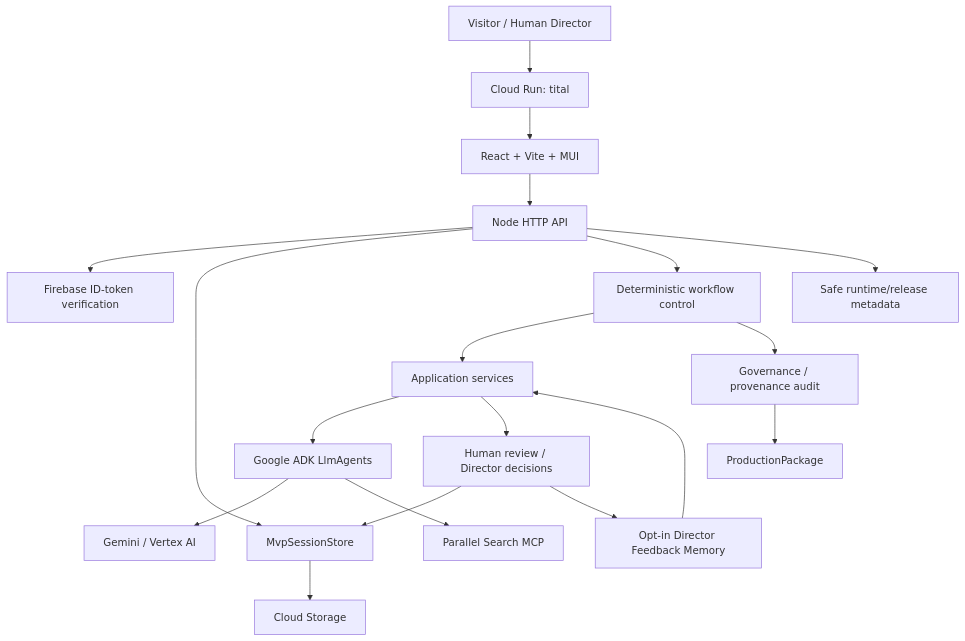
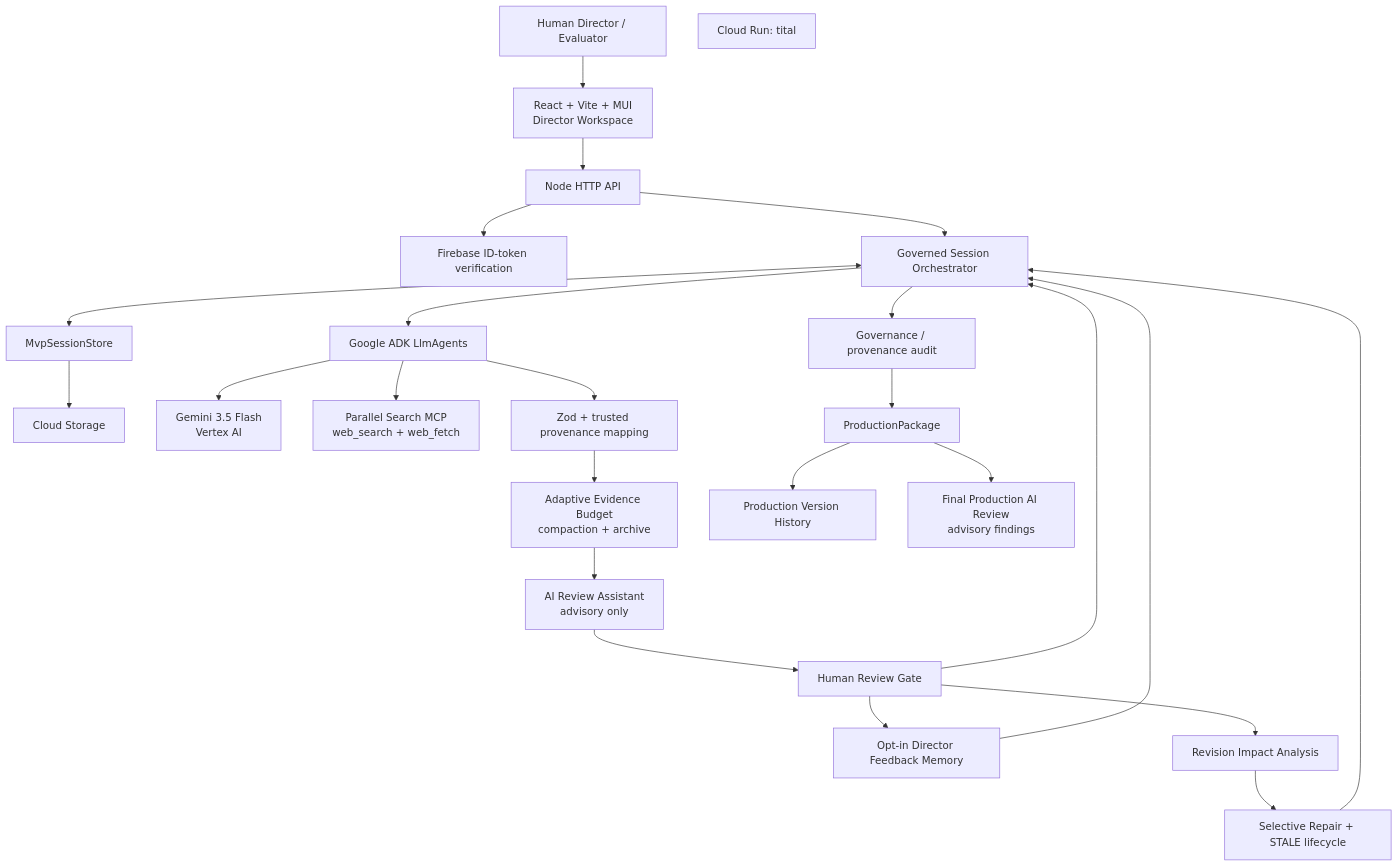
One commit to amin076/tital changed the diagram in docs/architecture/system-architecture.md. Above: the diagram before and after it, drawn with Mermaid. The commit also changed other lines of this file, not shown here.

Commit message:
docs: update system architecture for review revision and evidence budget

````diff
--- a/docs/architecture/system-architecture.md
+++ b/docs/architecture/system-architecture.md
@@ -11,31 +18,38 @@
 ```mermaid
 graph TD
-    U[Visitor / Human Director]
+    U[Human Director / Evaluator]
     CR[Cloud Run: tital]
-    WEB[React + Vite + MUI]
+    WEB[React + Vite + MUI\nDirector Workspace]
     API[Node HTTP API]
     AUTH[Firebase ID-token verification]
     STORE[MvpSessionStore]
     GCS[Cloud Storage]
-    WC[Deterministic workflow control]
-    DS[Application services]
-    DA[Google ADK LlmAgents]
-    GI[Gemini / Vertex AI]
-    PM[Parallel Search MCP]
-    HG[Human review / Director decisions]
-    FM[Opt-in Director Feedback Memory]
-    AU[Governance / provenance audit]
-    PP[ProductionPackage]
-    RM[Safe runtime/release metadata]
+    ORCH[Governed Session Orchestrator]
+    ADK[Google ADK LlmAgents]
+    GEM[Gemini 3.5 Flash\nVertex AI]
+    PAR[Parallel Search MCP\nweb_search + web_fetch]
+    VALID[Zod + trusted provenance mapping]
+    BUDGET[Adaptive Evidence Budget\ncompaction + archive]
+    REVIEW[AI Review Assistant\nadvisory only]
+    HUMAN[Human Review Gate]
+    MEMORY[Opt-in Director Feedback Memory]
+    AUDIT[Governance / provenance audit]
+    PREVIEW[Revision Impact Analysis]
+    REPAIR[Selective Repair + STALE lifecycle]
+    VERS[Production Version History]
+    PKG[ProductionPackage]
+    FINAL[Final Production AI Review\nadvisory findings]
 
-    U --> CR --> WEB --> API
+    U --> WEB --> API
     API --> AUTH
-    API --> STORE --> GCS
-    API --> WC --> DS
-    DS --> DA --> GI
-    DA --> PM
-    DS --> HG --> STORE
-    HG --> FM --> DS
-    WC --> AU --> PP
-    API --> RM
+    API --> ORCH
+    ORCH <--> STORE --> GCS
+    ORCH --> ADK --> GEM
+    ADK --> PAR
+    ADK --> VALID
+    VALID --> BUDGET --> REVIEW --> HUMAN --> ORCH
+    HUMAN --> MEMORY --> ORCH
+    ORCH --> AUDIT --> PKG --> FINAL
+    PKG --> VERS
+    HUMAN --> PREVIEW --> REPAIR --> ORCH
 ```
````
